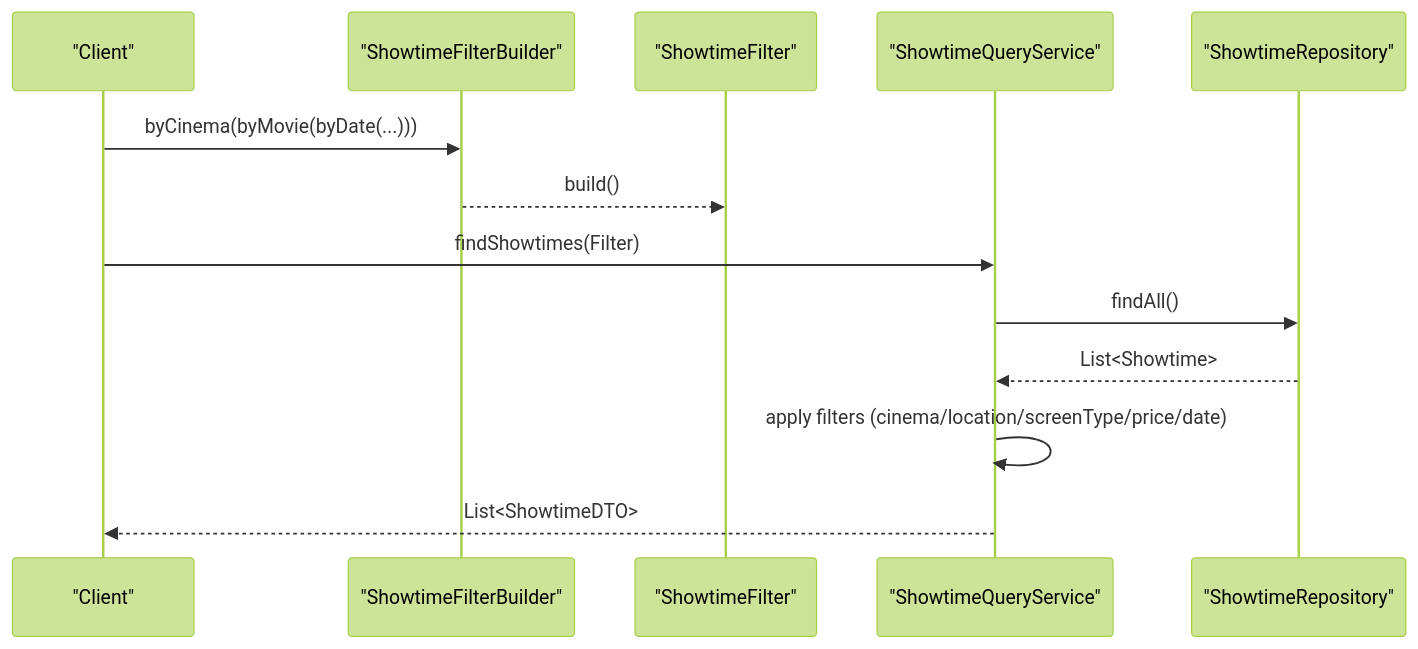
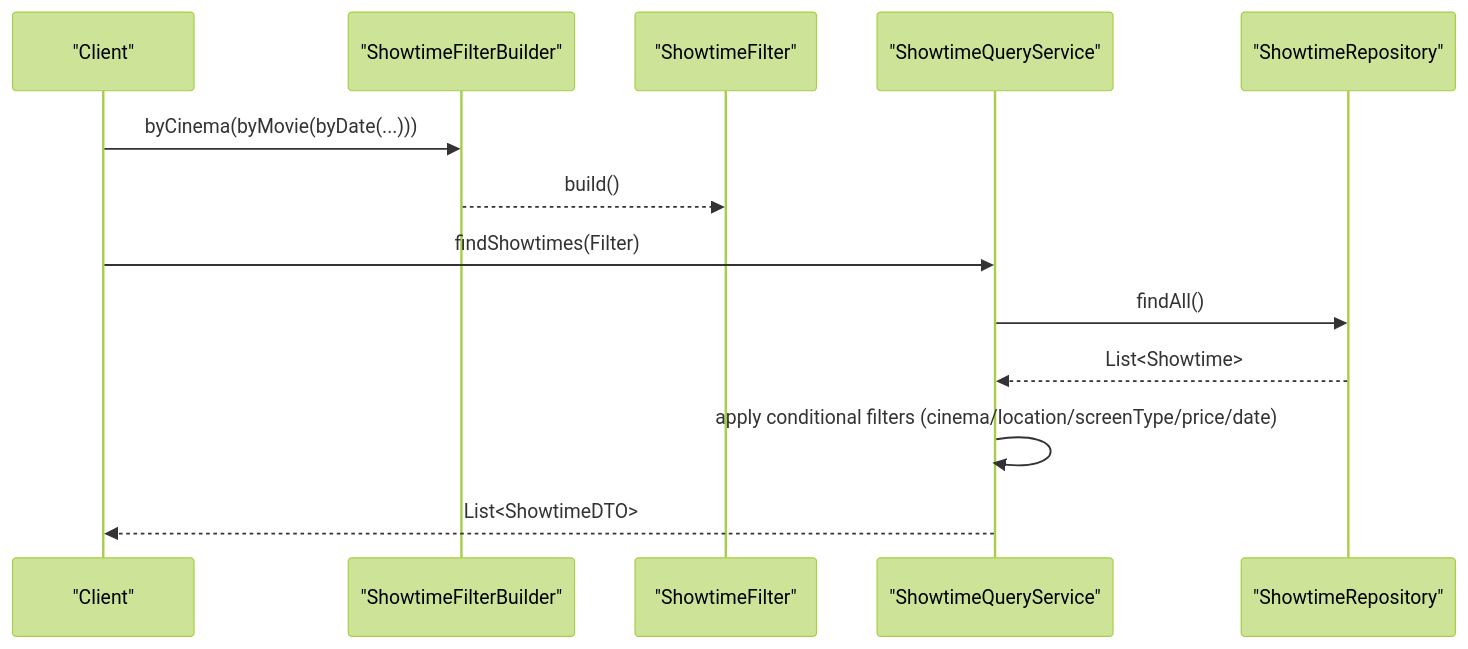
One commit to anhtudayne/Design_Pattern changed the sixth of 8 diagrams in .qoder/repowiki/en/content/Backend Development/Service Layer Implementation/Core Business Services/Showtime Service.md. Above: the diagram before and after it, drawn with Mermaid (forest theme). The commit also changed other lines of this file and 10 other files, not shown here.

````diff
--- a/.qoder/repowiki/en/content/Backend Development/Service Layer Implementation/Core Business Services/Showtime Service.md
+++ b/.qoder/repowiki/en/content/Backend Development/Service Layer Implementation/Core Business Services/Showtime Service.md
@@ -292,15 +298,15 @@
 ```mermaid
 sequenceDiagram
 participant Client as "Client"
 participant Builder as "ShowtimeFilterBuilder"
 participant Filter as "ShowtimeFilter"
 participant Query as "ShowtimeQueryService"
 participant Repo as "ShowtimeRepository"
 Client->>Builder : byCinema(byMovie(byDate(...)))
 Builder-->>Filter : build()
 Client->>Query : findShowtimes(Filter)
 Query->>Repo : findAll()
 Repo-->>Query : List<Showtime>
-Query->>Query : apply filters (cinema/location/screenType/price/date)
+Query->>Query : apply conditional filters (cinema/location/screenType/price/date)
 Query-->>Client : List<ShowtimeDTO>
 ```
````
